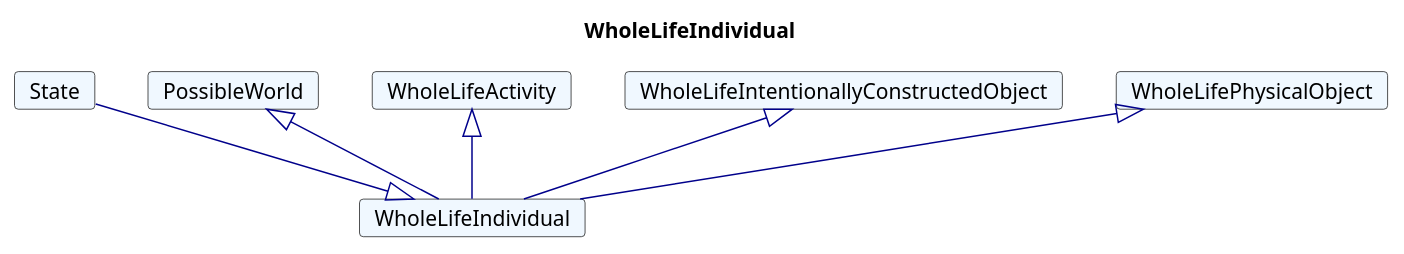
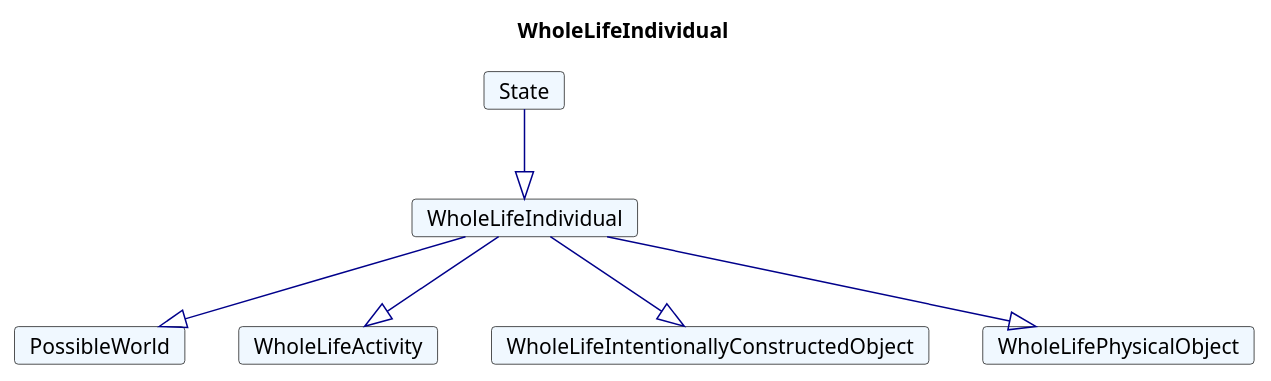
One commit to rtigran/rdf2adoc changed the diagram in fragments/puml/WholeLifeIndividual.plantuml. Above: the diagram before and after it, drawn with PlantUML. The commit also changed 111 other files, not shown here.

Commit message:
fix for diagram plantuml, diagram generartion switchded off

```diff
--- a/fragments/puml/WholeLifeIndividual.plantuml
+++ b/fragments/puml/WholeLifeIndividual.plantuml
@@ -1,27 +1,27 @@
 @startuml
 Title WholeLifeIndividual 
 
 Card WholeLifeIndividual #F0F8FF [
 WholeLifeIndividual
 ]
 Card State #F0F8FF [
 State
 ]
 State --|> WholeLifeIndividual  #00008B 
 Card PossibleWorld #F0F8FF [
 PossibleWorld
 ]
-PossibleWorld <|-- WholeLifeIndividual  #00008B 
+WholeLifeIndividual --|> PossibleWorld  #00008B 
 Card WholeLifeActivity #F0F8FF [
 WholeLifeActivity
 ]
-WholeLifeActivity <|-- WholeLifeIndividual  #00008B 
+WholeLifeIndividual --|> WholeLifeActivity  #00008B 
 Card WholeLifeIntentionallyConstructedObject #F0F8FF [
 WholeLifeIntentionallyConstructedObject
 ]
-WholeLifeIntentionallyConstructedObject <|-- WholeLifeIndividual  #00008B 
+WholeLifeIndividual --|> WholeLifeIntentionallyConstructedObject  #00008B 
 Card WholeLifePhysicalObject #F0F8FF [
 WholeLifePhysicalObject
 ]
-WholeLifePhysicalObject <|-- WholeLifeIndividual  #00008B 
+WholeLifeIndividual --|> WholeLifePhysicalObject  #00008B 
 @enduml
```
